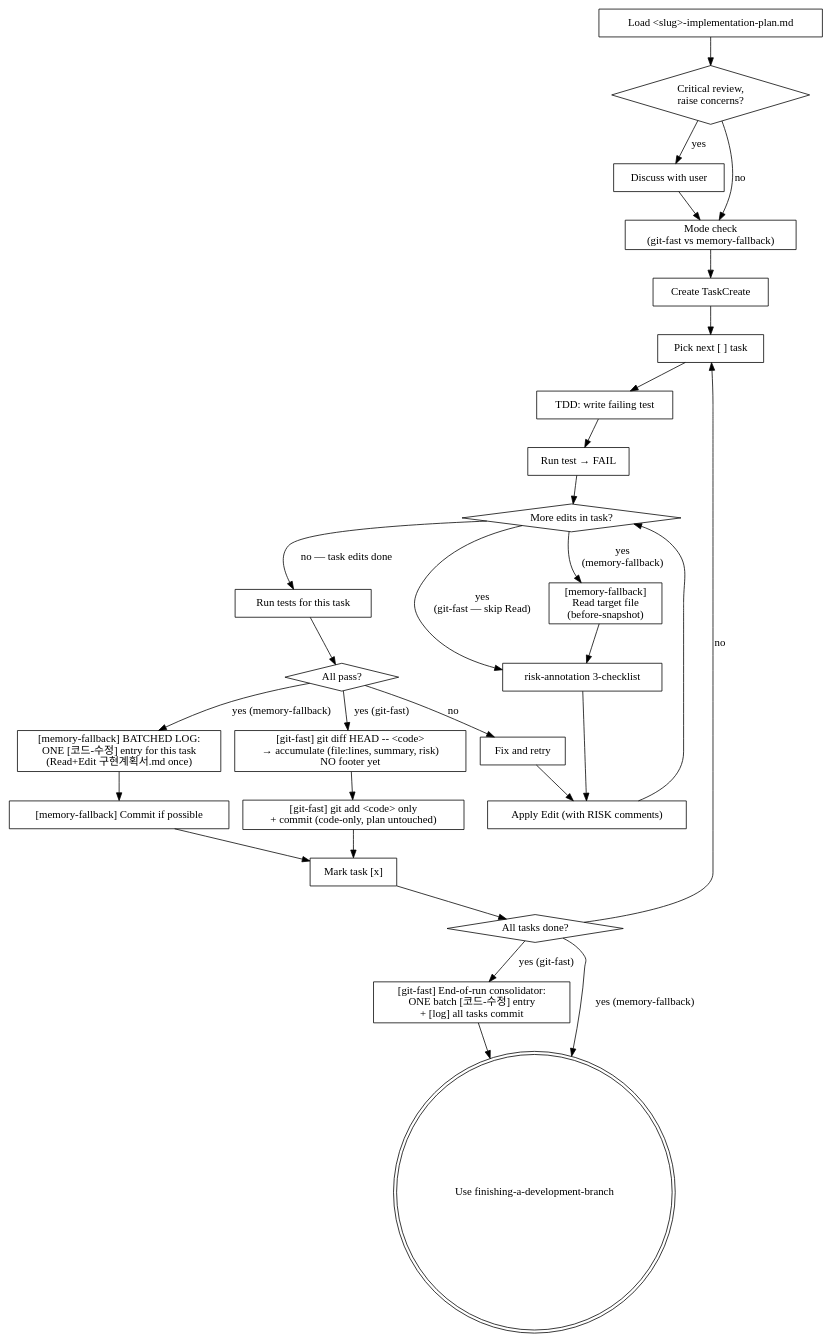
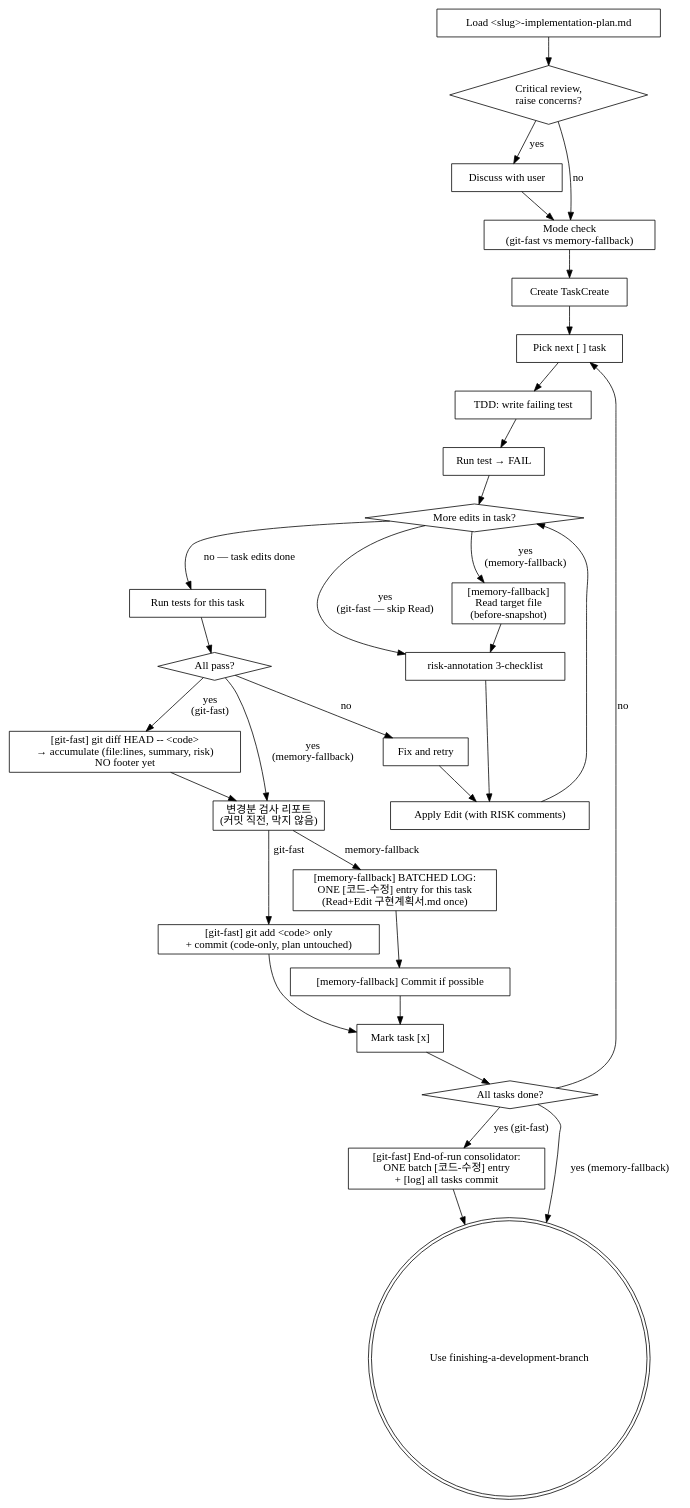
The diagram in skills/executing-plans/SKILL.md (LonerStayle/js-super), drawn with Graphviz before and after one commit. The commit also changed other lines of this file and 4 other files, not shown here.

````diff
--- a/skills/executing-plans/SKILL.md
+++ b/skills/executing-plans/SKILL.md
@@ -178,57 +233,60 @@
 ```dot
 digraph exec_flow {
     "Load <slug>-implementation-plan.md" [shape=box];
     "Critical review,\nraise concerns?" [shape=diamond];
     "Discuss with user" [shape=box];
     "Mode check\n(git-fast vs memory-fallback)" [shape=box];
     "Create TaskCreate" [shape=box];
     "Pick next [ ] task" [shape=box];
     "TDD: write failing test" [shape=box];
     "Run test → FAIL" [shape=box];
     "More edits in task?" [shape=diamond];
     "[memory-fallback]\nRead target file\n(before-snapshot)" [shape=box];
     "risk-annotation 3-checklist" [shape=box];
     "Apply Edit (with RISK comments)" [shape=box];
     "Run tests for this task" [shape=box];
     "All pass?" [shape=diamond];
+    "변경분 검사 리포트\n(커밋 직전, 막지 않음)" [shape=box];
     "[git-fast] git diff HEAD -- <code>\n→ accumulate (file:lines, summary, risk)\nNO footer yet" [shape=box];
     "[git-fast] git add <code> only\n+ commit (code-only, plan untouched)" [shape=box];
     "[memory-fallback] BATCHED LOG:\nONE [코드-수정] entry for this task\n(Read+Edit 구현계획서.md once)" [shape=box];
     "[memory-fallback] Commit if possible" [shape=box];
     "Mark task [x]" [shape=box];
     "All tasks done?" [shape=diamond];
     "Fix and retry" [shape=box];
     "[git-fast] End-of-run consolidator:\nONE batch [코드-수정] entry\n+ [log] all tasks commit" [shape=box];
     "Use finishing-a-development-branch" [shape=doublecircle];
 
     "Load <slug>-implementation-plan.md" -> "Critical review,\nraise concerns?";
     "Critical review,\nraise concerns?" -> "Discuss with user" [label="yes"];
     "Discuss with user" -> "Mode check\n(git-fast vs memory-fallback)";
     "Critical review,\nraise concerns?" -> "Mode check\n(git-fast vs memory-fallback)" [label="no"];
     "Mode check\n(git-fast vs memory-fallback)" -> "Create TaskCreate";
     "Create TaskCreate" -> "Pick next [ ] task";
     "Pick next [ ] task" -> "TDD: write failing test";
     "TDD: write failing test" -> "Run test → FAIL";
     "Run test → FAIL" -> "More edits in task?";
     "More edits in task?" -> "[memory-fallback]\nRead target file\n(before-snapshot)" [label="yes\n(memory-fallback)"];
     "More edits in task?" -> "risk-annotation 3-checklist" [label="yes\n(git-fast — skip Read)"];
     "[memory-fallback]\nRead target file\n(before-snapshot)" -> "risk-annotation 3-checklist";
     "risk-annotation 3-checklist" -> "Apply Edit (with RISK comments)";
     "Apply Edit (with RISK comments)" -> "More edits in task?";
     "More edits in task?" -> "Run tests for this task" [label="no — task edits done"];
     "Run tests for this task" -> "All pass?";
-    "All pass?" -> "[git-fast] git diff HEAD -- <code>\n→ accumulate (file:lines, summary, risk)\nNO footer yet" [label="yes (git-fast)"];
-    "All pass?" -> "[memory-fallback] BATCHED LOG:\nONE [코드-수정] entry for this task\n(Read+Edit 구현계획서.md once)" [label="yes (memory-fallback)"];
+    "All pass?" -> "[git-fast] git diff HEAD -- <code>\n→ accumulate (file:lines, summary, risk)\nNO footer yet" [label="yes\n(git-fast)"];
+    "All pass?" -> "변경분 검사 리포트\n(커밋 직전, 막지 않음)" [label="yes\n(memory-fallback)"];
+    "변경분 검사 리포트\n(커밋 직전, 막지 않음)" -> "[memory-fallback] BATCHED LOG:\nONE [코드-수정] entry for this task\n(Read+Edit 구현계획서.md once)" [label="memory-fallback"];
     "All pass?" -> "Fix and retry" [label="no"];
     "Fix and retry" -> "Apply Edit (with RISK comments)";
-    "[git-fast] git diff HEAD -- <code>\n→ accumulate (file:lines, summary, risk)\nNO footer yet" -> "[git-fast] git add <code> only\n+ commit (code-only, plan untouched)";
+    "[git-fast] git diff HEAD -- <code>\n→ accumulate (file:lines, summary, risk)\nNO footer yet" -> "변경분 검사 리포트\n(커밋 직전, 막지 않음)";
+    "변경분 검사 리포트\n(커밋 직전, 막지 않음)" -> "[git-fast] git add <code> only\n+ commit (code-only, plan untouched)" [label="git-fast"];
     "[git-fast] git add <code> only\n+ commit (code-only, plan untouched)" -> "Mark task [x]";
     "[memory-fallback] BATCHED LOG:\nONE [코드-수정] entry for this task\n(Read+Edit 구현계획서.md once)" -> "[memory-fallback] Commit if possible";
     "[memory-fallback] Commit if possible" -> "Mark task [x]";
     "Mark task [x]" -> "All tasks done?";
     "All tasks done?" -> "Pick next [ ] task" [label="no"];
     "All tasks done?" -> "[git-fast] End-of-run consolidator:\nONE batch [코드-수정] entry\n+ [log] all tasks commit" [label="yes (git-fast)"];
     "[git-fast] End-of-run consolidator:\nONE batch [코드-수정] entry\n+ [log] all tasks commit" -> "Use finishing-a-development-branch";
     "All tasks done?" -> "Use finishing-a-development-branch" [label="yes (memory-fallback)"];
 }
 ```
````
